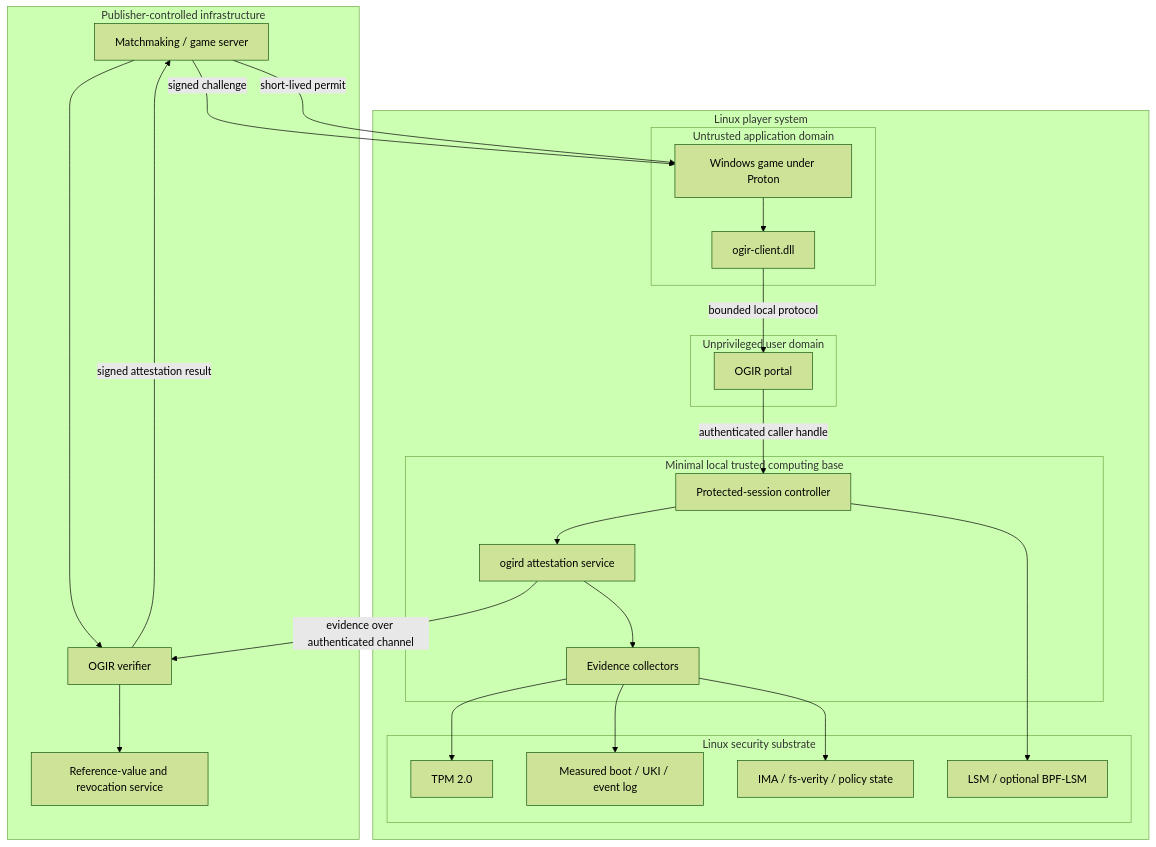
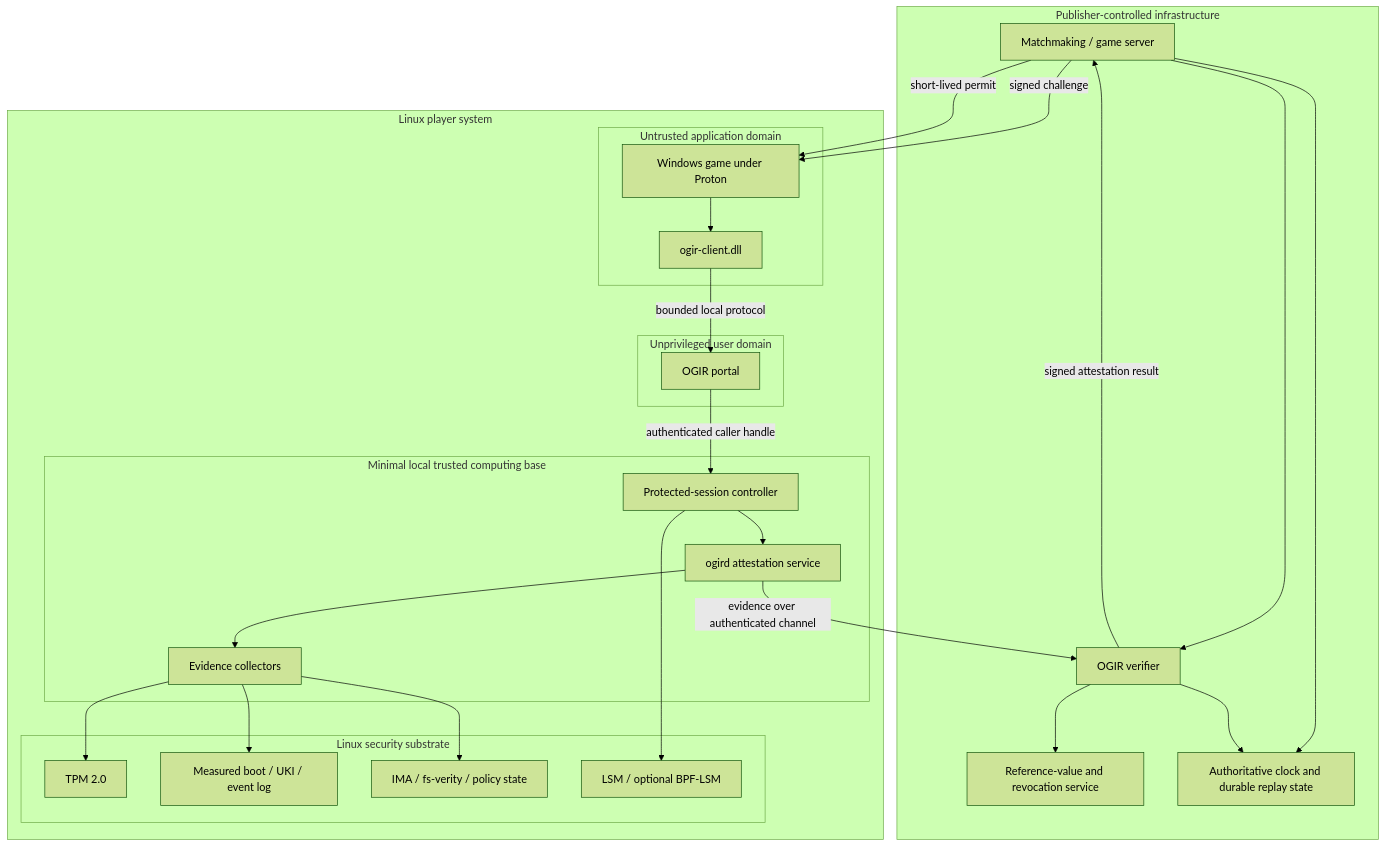
The first of 2 diagrams in docs/ARCHITECTURE.md (archledger/open-game-integrity-runtime), drawn with Mermaid (forest theme) before and after one commit. The commit also changed other lines of this file and 29 other files, not shown here.

````diff
--- a/docs/ARCHITECTURE.md
+++ b/docs/ARCHITECTURE.md
@@ -66,49 +66,52 @@
 ```mermaid
 flowchart TB
     subgraph Publisher[Publisher-controlled infrastructure]
         MM[Matchmaking / game server]
         VER[OGIR verifier]
         REF[Reference-value and revocation service]
+        FRESH[Authoritative clock and durable replay state]
         MM --> VER
         VER --> REF
+        MM --> FRESH
+        VER --> FRESH
     end
 
     subgraph Player[Linux player system]
         subgraph Untrusted[Untrusted application domain]
             GAME[Windows game under Proton]
             DLL[ogir-client.dll]
             GAME --> DLL
         end
 
         subgraph UserDomain[Unprivileged user domain]
             PORTAL[OGIR portal]
         end
 
         subgraph TrustedLocal[Minimal local trusted computing base]
             SESSION[Protected-session controller]
             AGENT[ogird attestation service]
             EVID[Evidence collectors]
             SESSION --> AGENT
             AGENT --> EVID
         end
 
         subgraph Platform[Linux security substrate]
             TPM[TPM 2.0]
             BOOT[Measured boot / UKI / event log]
             IMA[IMA / fs-verity / policy state]
             LSM[LSM / optional BPF-LSM]
         end
 
         DLL -->|bounded local protocol| PORTAL
         PORTAL -->|authenticated caller handle| SESSION
         EVID --> TPM
         EVID --> BOOT
         EVID --> IMA
         SESSION --> LSM
     end
 
     MM -->|signed challenge| GAME
     AGENT -->|evidence over authenticated channel| VER
     VER -->|signed attestation result| MM
     MM -->|short-lived permit| GAME
 ```
````
